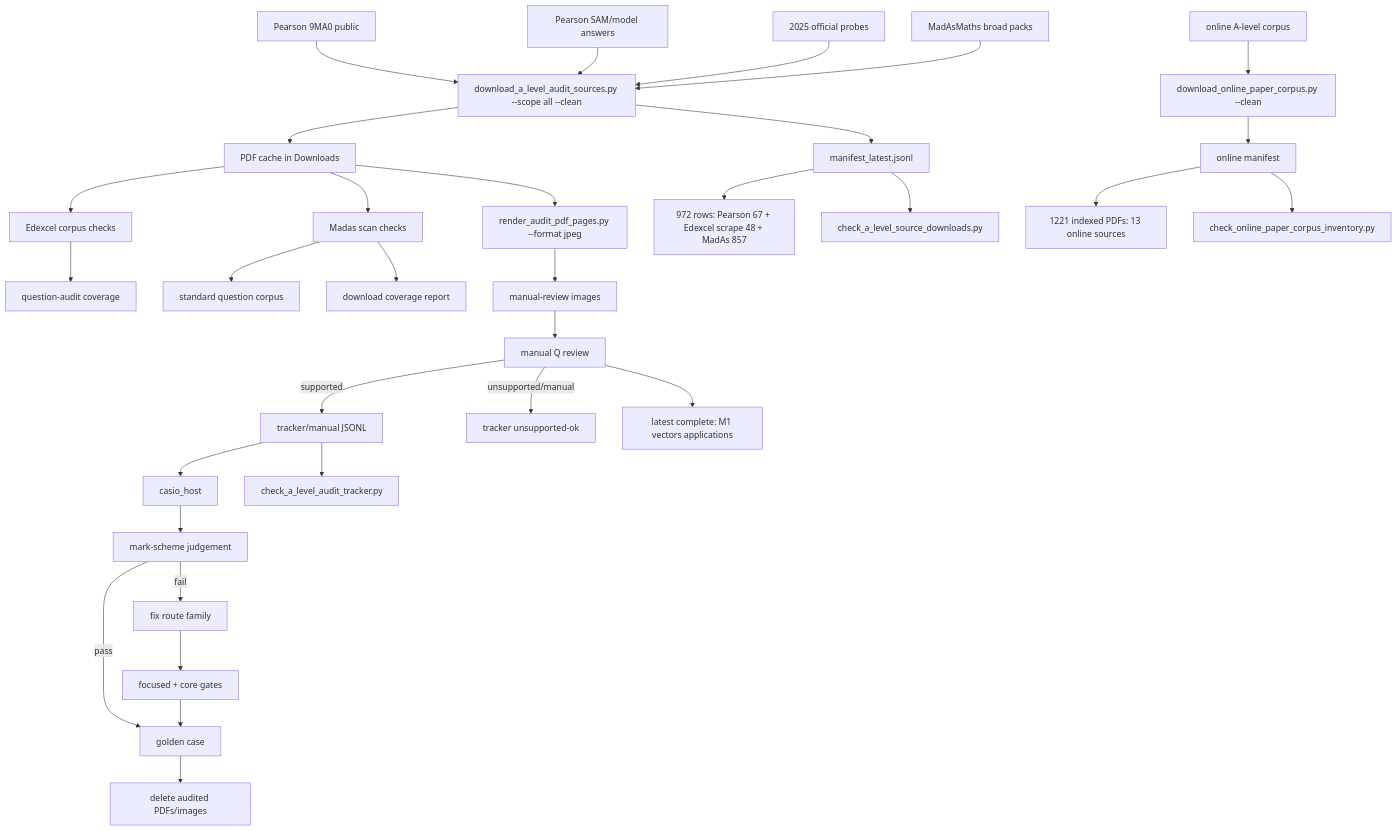
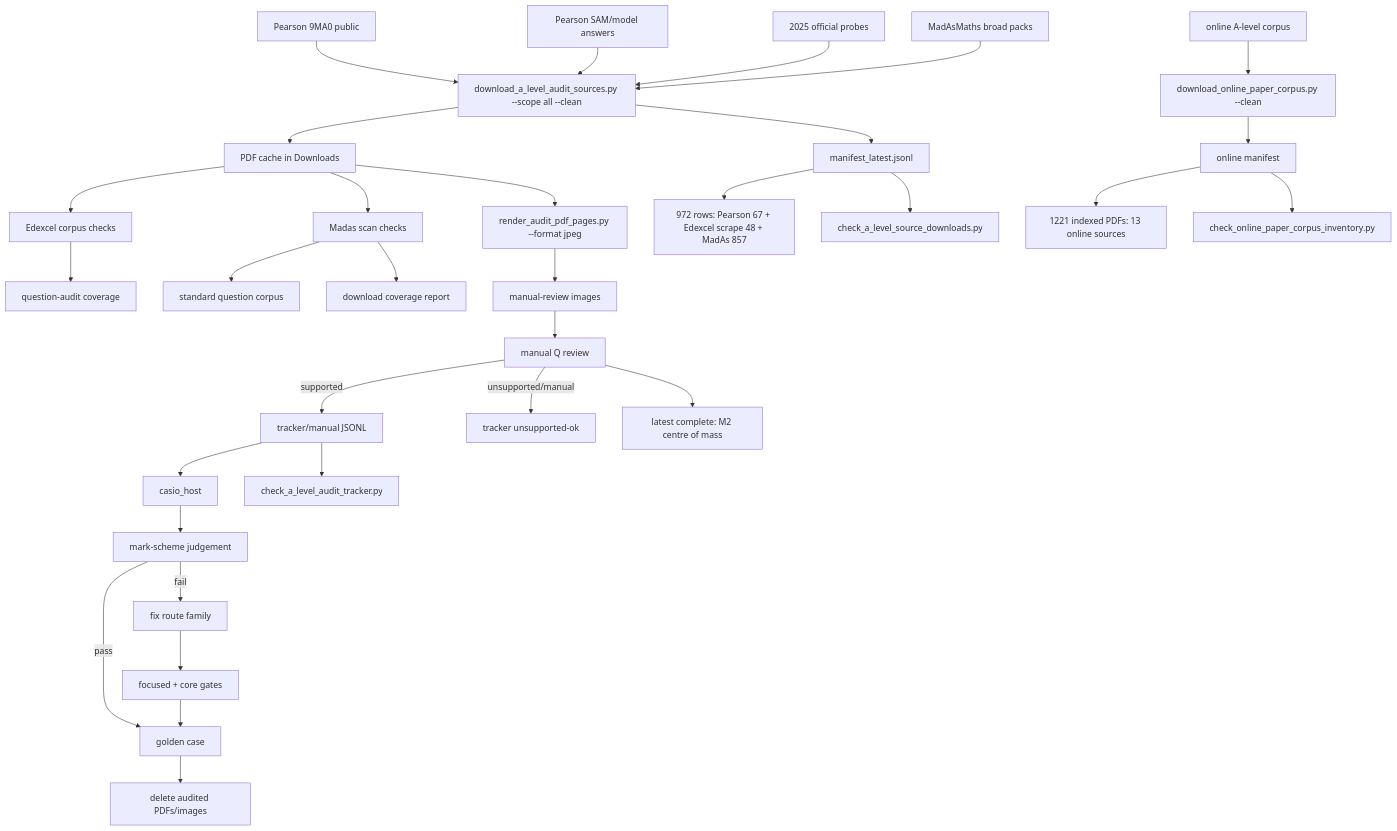
The diagram in c++/tools/golden/a_level_audit_graph.md (james8464/notes-addin-casio-fx-cg50), drawn with Mermaid before and after one commit. The commit also changed other lines of this file and 2 other files, not shown here.

Commit message:
Audit M2 centre of mass booklet

````diff
--- a/c++/tools/golden/a_level_audit_graph.md
+++ b/c++/tools/golden/a_level_audit_graph.md
@@ -3,34 +3,34 @@
 ```mermaid
 graph TD
   E1["Pearson 9MA0 public"] --> D["download_a_level_audit_sources.py --scope all --clean"]
   E2["Pearson SAM/model answers"] --> D
   E3["2025 official probes"] --> D
   M1["MadAsMaths broad packs"] --> D
   O1["online A-level corpus"] --> OD["download_online_paper_corpus.py --clean"]
   D --> P["PDF cache in Downloads"]
   D --> X["manifest_latest.jsonl"]
   OD --> OX["online manifest"]
   X --> XC["972 rows: Pearson 67 + Edexcel scrape 48 + MadAs 857"]
   OX --> OC["1221 indexed PDFs: 13 online sources"]
   X --> V["check_a_level_source_downloads.py"]
   OX --> OV["check_online_paper_corpus_inventory.py"]
   P --> E["Edexcel corpus checks"]
   E --> EQ["question-audit coverage"]
   P --> S["Madas scan checks"]
   S --> M["standard question corpus"]
   S --> MC["download coverage report"]
   P --> R["render_audit_pdf_pages.py --format jpeg"]
   R --> I["manual-review images"]
   I --> Q["manual Q review"]
   Q -->|supported| J["tracker/manual JSONL"]
   Q -->|unsupported/manual| U["tracker unsupported-ok"]
   J --> H["casio_host"]
   J --> K["check_a_level_audit_tracker.py"]
   H --> C["mark-scheme judgement"]
   C -->|pass| G["golden case"]
   C -->|fail| F["fix route family"]
   F --> T["focused + core gates"]
   T --> G
   G --> Z["delete audited PDFs/images"]
-  Q --> Qt["latest complete: M1 vectors applications"]
+  Q --> Qt["latest complete: M2 centre of mass"]
 ```
````
